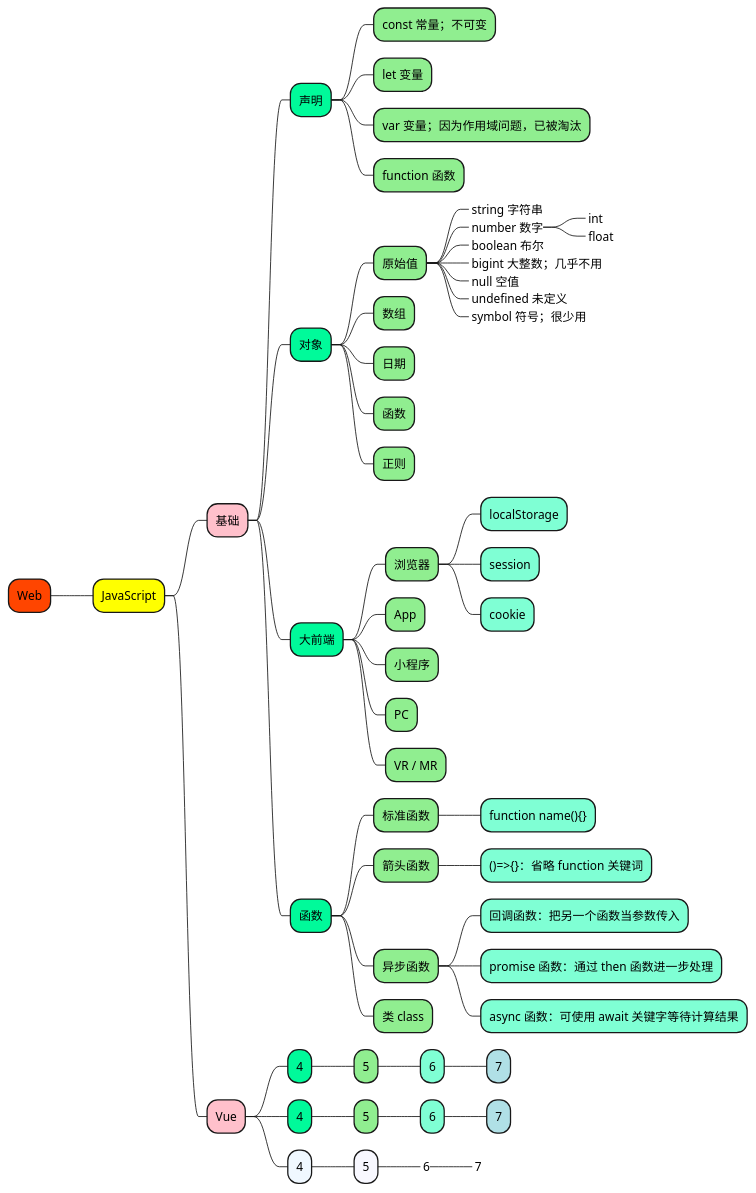
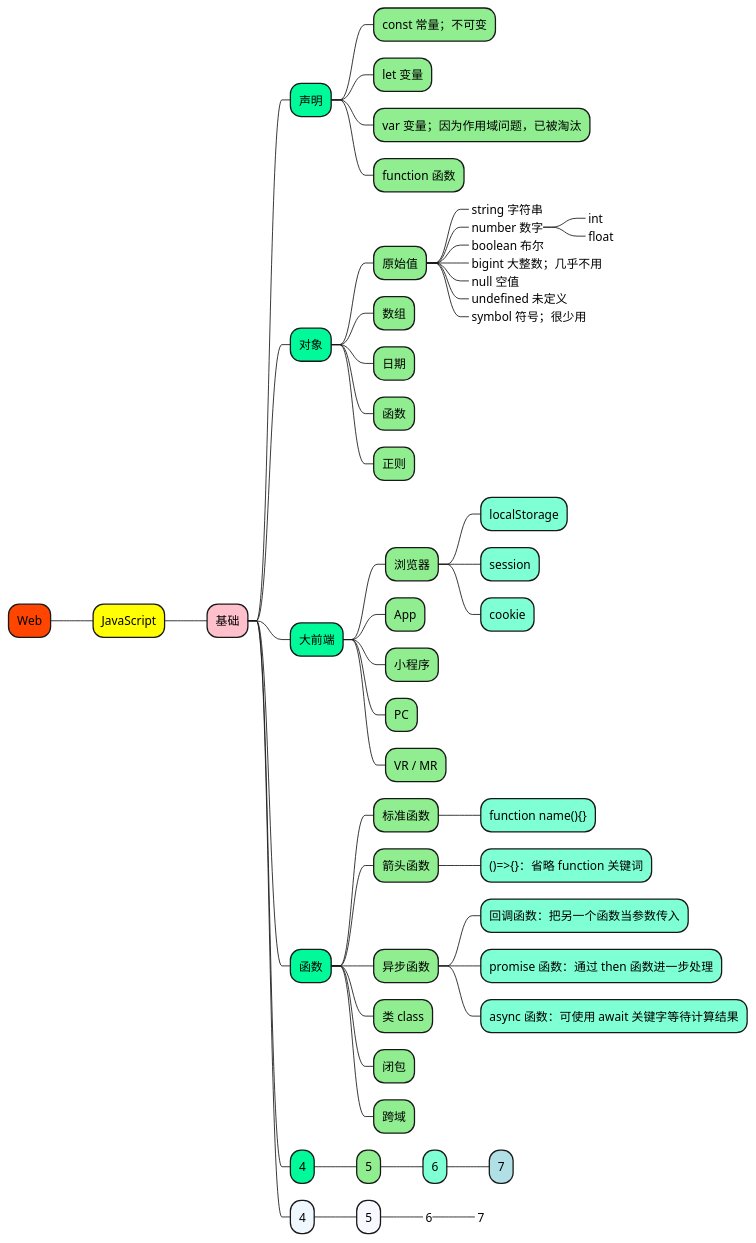
One commit to doveg/self-cultivation-of-a-software-engineer changed the diagram in 1_map/web/JavaScript.puml. Above: the diagram before and after it, drawn with PlantUML. The commit also changed 8 other files, not shown here.

```diff
--- a/1_map/web/JavaScript.puml
+++ b/1_map/web/JavaScript.puml
@@ -1,84 +1,73 @@
 @startmindmap
 
 +[#OrangeRed] Web
 
 ++[#yellow] JavaScript
 
 +++[#Pink] 基础
 
 ++++[#MediumSpringGreen] 声明
 +++++[#LightGreen] const 常量；不可变
 +++++[#LightGreen] let 变量
 +++++[#LightGreen] var 变量；因为作用域问题，已被淘汰
 +++++[#LightGreen] function 函数
 
 ++++[#MediumSpringGreen] 对象
 +++++[#LightGreen] 原始值
 ++++++[#Aquamarine]_ string 字符串
 ++++++[#Aquamarine]_ number 数字
 +++++++[#Aquamarine]_ int
 +++++++[#Aquamarine]_ float
 ++++++[#Aquamarine]_ boolean 布尔
 ++++++[#Aquamarine]_ bigint 大整数；几乎不用
 ++++++[#Aquamarine]_ null 空值
 ++++++[#Aquamarine]_ undefined 未定义
 ++++++[#Aquamarine]_ symbol 符号；很少用
 +++++[#LightGreen] 数组
 +++++[#LightGreen] 日期
 +++++[#LightGreen] 函数
 +++++[#LightGreen] 正则
 
 ++++[#MediumSpringGreen] 大前端
 +++++[#LightGreen] 浏览器
 ++++++[#Aquamarine] localStorage
 ++++++[#Aquamarine] session
 ++++++[#Aquamarine] cookie
 +++++[#LightGreen] App
 +++++[#LightGreen] 小程序
 +++++[#LightGreen] PC
 +++++[#LightGreen] VR / MR
 
 ++++[#MediumSpringGreen] 函数
 +++++[#LightGreen] 标准函数
 ++++++[#Aquamarine] function name(){}
 +++++[#LightGreen] 箭头函数
 ++++++[#Aquamarine] ()=>{}：省略 function 关键词
 +++++[#LightGreen] 异步函数
 ++++++[#Aquamarine] 回调函数：把另一个函数当参数传入
 ++++++[#Aquamarine] promise 函数：通过 then 函数进一步处理
 ++++++[#Aquamarine] async 函数：可使用 await 关键字等待计算结果
 +++++[#LightGreen] 类 class
-
-+++[#Pink] Vue
-
-++++[#MediumSpringGreen] 4
-+++++[#LightGreen] 5
-++++++[#Aquamarine] 6
-+++++++[#PowderBlue] 7
-
++++++[#LightGreen] 闭包
++++++[#LightGreen] 跨域
 
 
 
 
 
 
 
 
 
 ++++[#MediumSpringGreen] 4
 +++++[#LightGreen] 5
 ++++++[#Aquamarine] 6
 +++++++[#PowderBlue] 7
 ++++[#AliceBlue] 4
 +++++[#GhostWhite] 5
 ++++++[#PowderBlue]_ 6
 +++++++[#PowderBlue]_ 7
 
 
 
-
-
-
-
-
 @endmindmap
```
